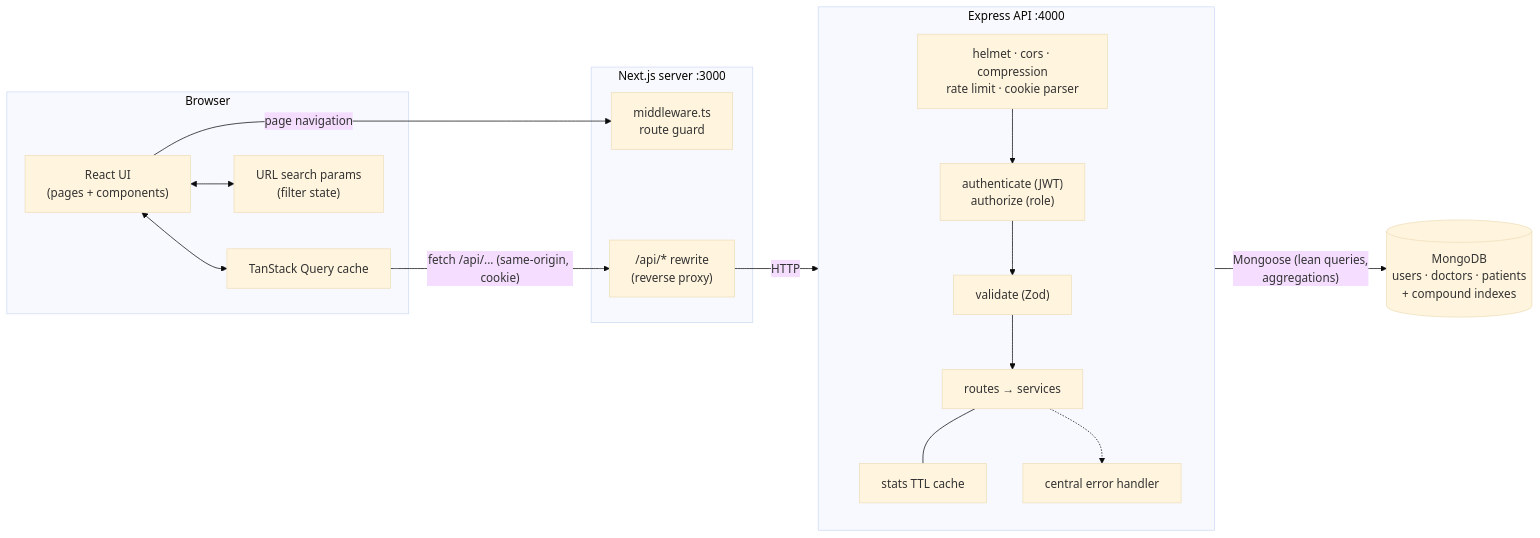
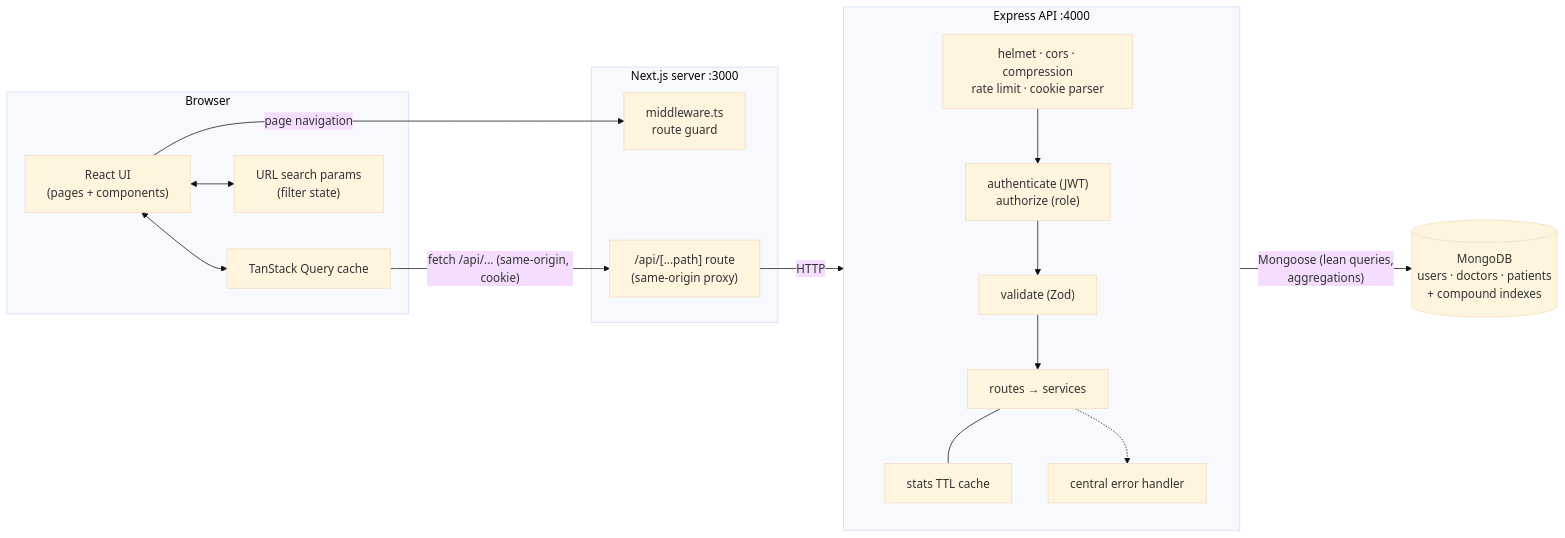
The first of 2 diagrams in README.md (saiful199324/doctor-tracker), drawn with Mermaid (base theme) before and after one commit. The commit also changed other lines of this file and 2 other files, not shown here.

````diff
--- a/README.md
+++ b/README.md
@@ -172,35 +180,35 @@
 ```mermaid
 flowchart LR
     subgraph Browser
         UI["React UI<br/>(pages + components)"]
         RQ["TanStack Query cache"]
         URL["URL search params<br/>(filter state)"]
         UI <--> RQ
         UI <--> URL
     end
 
     subgraph NextJS["Next.js server :3000"]
         MW["middleware.ts<br/>route guard"]
-        RW["/api/* rewrite<br/>(reverse proxy)"]
+        RW["/api/[...path] route<br/>(same-origin proxy)"]
     end
 
     subgraph API["Express API :4000"]
         direction TB
         SEC["helmet · cors · compression<br/>rate limit · cookie parser"]
         AUTH["authenticate (JWT)<br/>authorize (role)"]
         VAL["validate (Zod)"]
         CTRL["routes → services"]
         CACHE["stats TTL cache"]
         ERR["central error handler"]
         SEC --> AUTH --> VAL --> CTRL
         CTRL --- CACHE
         CTRL -.-> ERR
     end
 
     DB[("MongoDB<br/>users · doctors · patients<br/>+ compound indexes")]
 
     UI -- "page navigation" --> MW
     RQ -- "fetch /api/... (same-origin, cookie)" --> RW
     RW -- "HTTP" --> SEC
     CTRL -- "Mongoose (lean queries,<br/>aggregations)" --> DB
 ```
````
